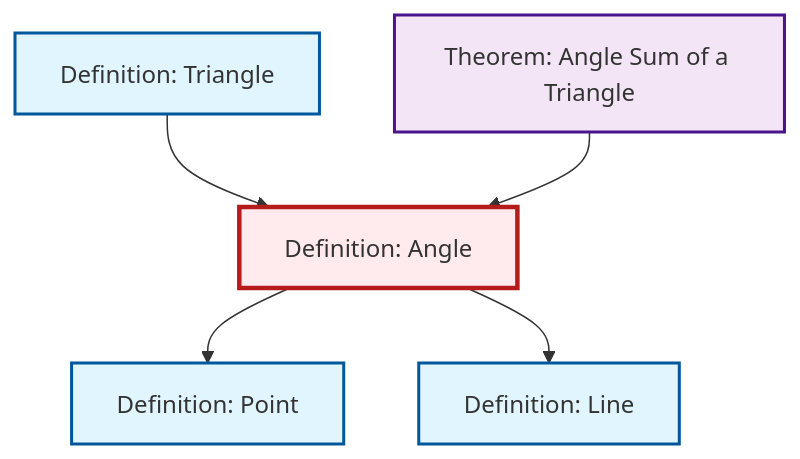
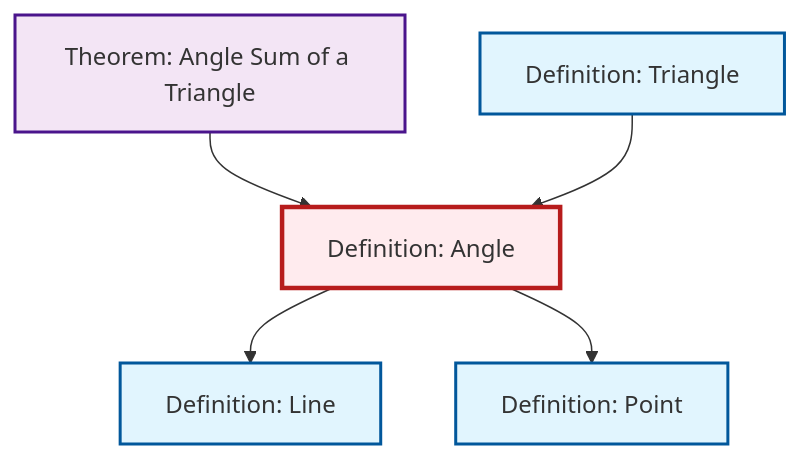
The diagram in content/en/geometry/def-angle.qmd (RK0429/ModernMath), drawn with Mermaid before and after one commit. The commit also changed other lines of this file and 491 other files, not shown here.

````diff
--- a/content/en/geometry/def-angle.qmd
+++ b/content/en/geometry/def-angle.qmd
@@ -49,23 +49,23 @@
 ```{mermaid}
 %%| fig-cap: "Local dependency graph"
 graph TD
     classDef definition fill:#e1f5fe,stroke:#01579b,stroke-width:2px
     classDef theorem fill:#f3e5f5,stroke:#4a148c,stroke-width:2px
     classDef axiom fill:#fff3e0,stroke:#e65100,stroke-width:2px
     classDef example fill:#e8f5e9,stroke:#1b5e20,stroke-width:2px
     classDef current fill:#ffebee,stroke:#b71c1c,stroke-width:3px
+    def-point["Definition: Point"]:::definition
     def-line["Definition: Line"]:::definition
-    def-triangle["Definition: Triangle"]:::definition
     thm-angle-sum-triangle["Theorem: Angle Sum of a Triangle"]:::theorem
     def-angle["Definition: Angle"]:::definition
-    def-point["Definition: Point"]:::definition
+    def-triangle["Definition: Triangle"]:::definition
+    thm-angle-sum-triangle --> def-angle
+    def-triangle --> def-angle
+    def-angle --> def-line
     def-angle --> def-point
-    def-angle --> def-line
-    def-triangle --> def-angle
-    thm-angle-sum-triangle --> def-angle
     class def-angle current
+    click def-point "def-point.html" "Go to Point definition"
     click def-line "def-line.html" "Go to Line definition"
+    click thm-angle-sum-triangle "thm-angle-sum-triangle.html" "Go to Angle Sum of a Triangle theorem"
     click def-triangle "def-triangle.html" "Go to Triangle definition"
-    click thm-angle-sum-triangle "thm-angle-sum-triangle.html" "Go to Angle Sum of a Triangle theorem"
-    click def-point "def-point.html" "Go to Point definition"
 ```
````
